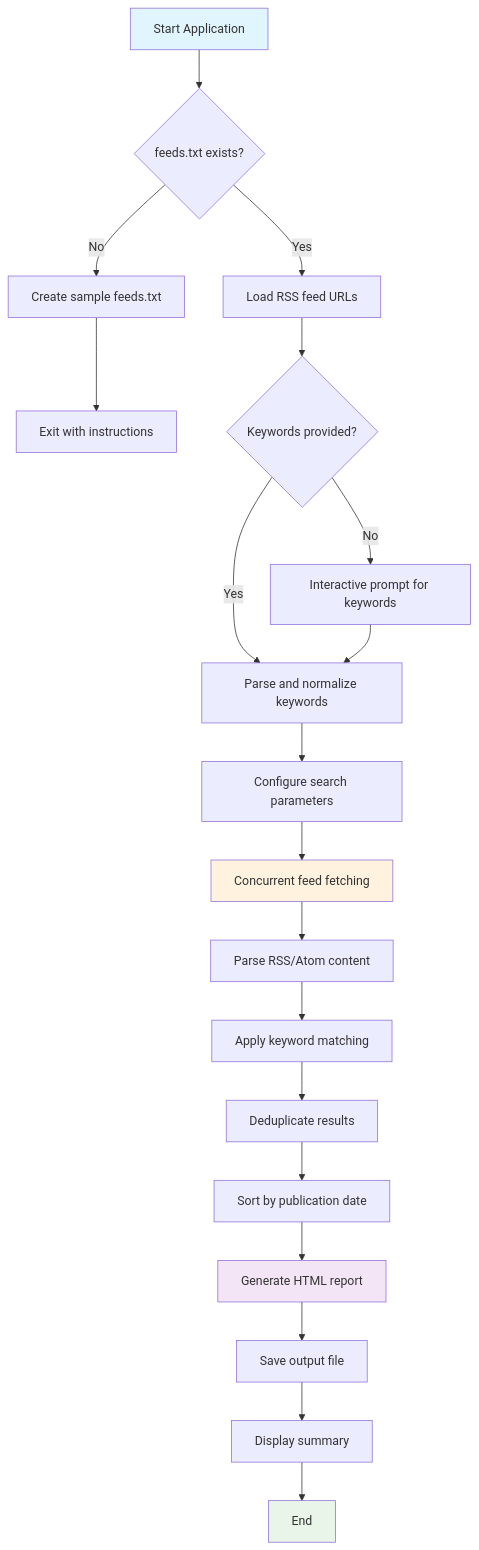
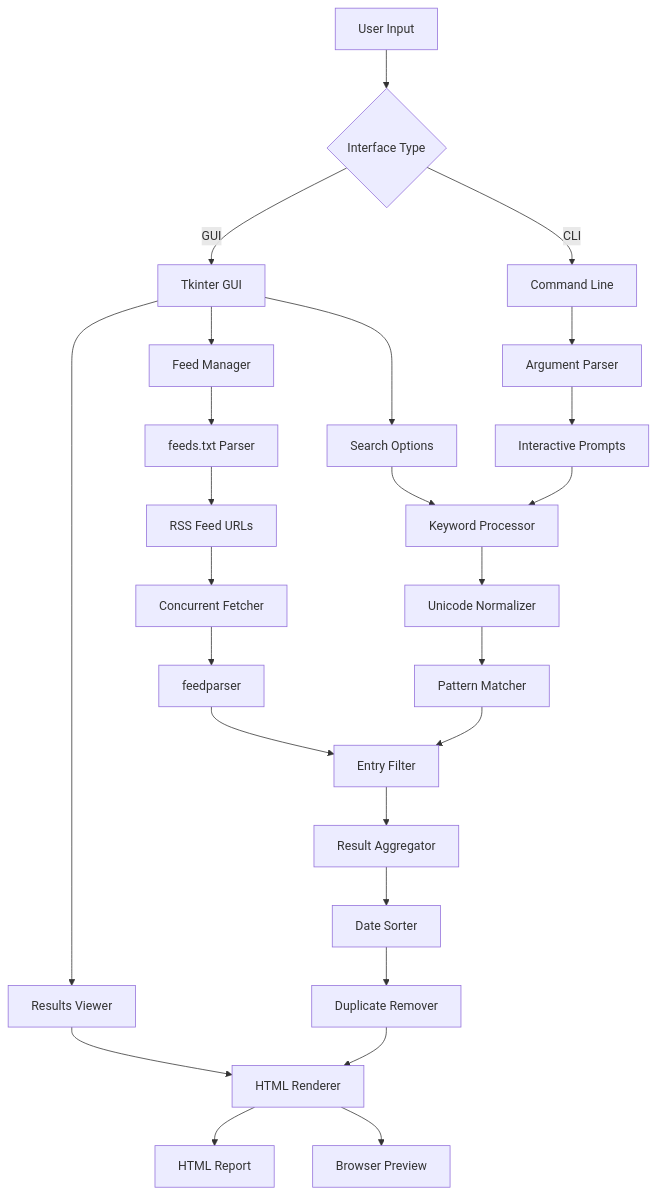
The first of 2 diagrams in README.md (xsukax/xsukax-RSS-Search), drawn with Mermaid before and after one commit. The commit also changed other lines of this file, not shown here.

````diff
--- a/README.md
+++ b/README.md
@@ -160,26 +183,35 @@
 ```mermaid
 graph TD
-    A[Start Application] --> B{feeds.txt exists?}
-    B -->|No| C[Create sample feeds.txt]
-    C --> D[Exit with instructions]
-    B -->|Yes| E[Load RSS feed URLs]
-    E --> F{Keywords provided?}
-    F -->|No| G[Interactive prompt for keywords]
-    F -->|Yes| H[Parse and normalize keywords]
-    G --> H
-    H --> I[Configure search parameters]
-    I --> J[Concurrent feed fetching]
-    J --> K[Parse RSS/Atom content]
-    K --> L[Apply keyword matching]
-    L --> M[Deduplicate results]
-    M --> N[Sort by publication date]
-    N --> O[Generate HTML report]
-    O --> P[Save output file]
-    P --> Q[Display summary]
-    Q --> R[End]
+    A[User Input] --> B{Interface Type}
+    B -->|GUI| C[Tkinter GUI]
+    B -->|CLI| D[Command Line]
     
-    style A fill:#e1f5fe
-    style J fill:#fff3e0
-    style O fill:#f3e5f5
-    style R fill:#e8f5e8
+    C --> E[Feed Manager]
+    C --> F[Search Options]
+    C --> G[Results Viewer]
+    
+    D --> H[Argument Parser]
+    H --> I[Interactive Prompts]
+    
+    E --> J[feeds.txt Parser]
+    F --> K[Keyword Processor]
+    G --> L[HTML Renderer]
+    I --> K
+    
+    J --> M[RSS Feed URLs]
+    M --> N[Concurrent Fetcher]
+    N --> O[feedparser]
+    O --> P[Entry Filter]
+    
+    K --> Q[Unicode Normalizer]
+    Q --> R[Pattern Matcher]
+    R --> P
+    
+    P --> S[Result Aggregator]
+    S --> T[Date Sorter]
+    T --> U[Duplicate Remover]
+    U --> L
+    
+    L --> V[HTML Report]
+    L --> W[Browser Preview]
 ```
````
